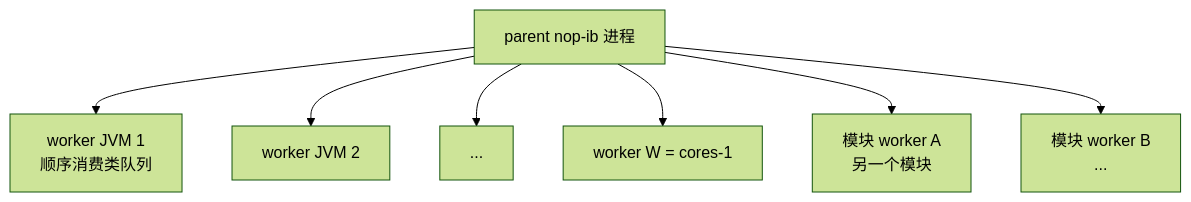
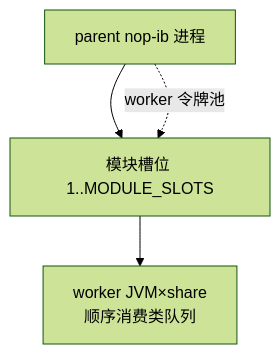
Before and after one commit to entropy-cloud/nop-entropy: the diagram in ai-dev/design/nop-incremental-build/06-junit-worker-reuse-and-generalization-design.md, drawn with Mermaid (forest theme). The commit also changed other lines of this file and 13 other files, not shown here.

````diff
--- a/ai-dev/design/nop-incremental-build/06-junit-worker-reuse-and-generalization-design.md
+++ b/ai-dev/design/nop-incremental-build/06-junit-worker-reuse-and-generalization-design.md
@@ -55,9 +61,6 @@
 ```mermaid
 flowchart TB
-  P[parent nop-ib 进程] --> W1[worker JVM 1<br/>顺序消费类队列]
-  P --> W2[worker JVM 2]
-  P --> W3[...]
-  P --> Wn[worker W = cores-1]
-  P --> M1[模块 worker A<br/>另一个模块]
-  P --> M2[模块 worker B<br/>...]
+  P[parent nop-ib 进程] --> S1[模块槽位 1..MODULE_SLOTS]
+  S1 --> W1[worker JVM×share<br/>顺序消费类队列]
+  P -.worker 令牌池 .-> S1
 ```
````
